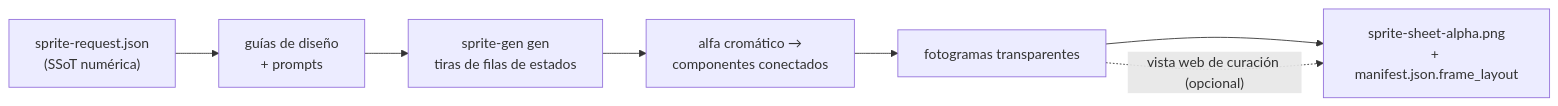
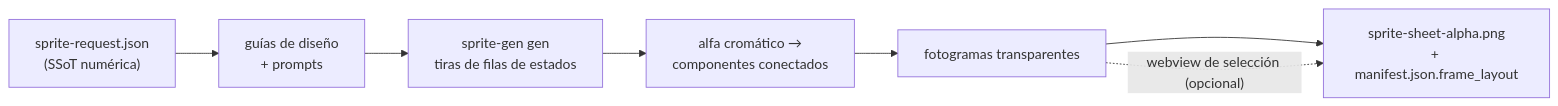
Before and after one commit to aldegad/sprite-gen: the diagram in README.es.md, drawn with Mermaid. The commit also changed other lines of this file and 12 other files, not shown here.

````diff
--- a/README.es.md
+++ b/README.es.md
@@ -37,9 +74,9 @@
 ```mermaid
 flowchart LR
     REQ["sprite-request.json<br/>(SSoT numérica)"] --> GUIDES["guías de diseño<br/>+ prompts"]
     GUIDES --> GEN["sprite-gen gen<br/>tiras de filas de estados"]
     GEN --> EXTRACT["alfa cromático →<br/>componentes conectados"]
     EXTRACT --> FRAMES["fotogramas transparentes"]
     FRAMES --> ATLAS["sprite-sheet-alpha.png<br/>+ manifest.json.frame_layout"]
-    FRAMES -. "vista web de curación (opcional)" .-> ATLAS
+    FRAMES -. "webview de selección (opcional)" .-> ATLAS
 ```
````
